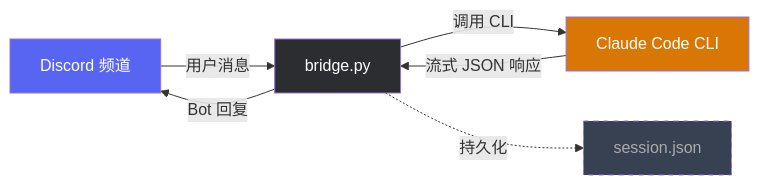
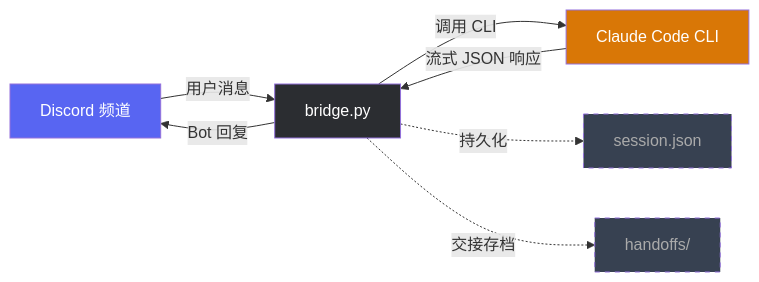
Before and after one commit to who96/claude_bridge_discord: the diagram in README.md, drawn with Mermaid. The commit also changed other lines of this file, not shown here.

````diff
--- a/README.md
+++ b/README.md
@@ -132,13 +138,15 @@
 ```mermaid
 graph LR
     A["Discord 频道"] -->|用户消息| B["bridge.py"]
     B -->|调用 CLI| C["Claude Code CLI"]
     C -->|流式 JSON 响应| B
     B -->|Bot 回复| A
     B -.->|持久化| D["session.json"]
+    B -.->|交接存档| E["handoffs/"]
 
     style A fill:#5865F2,color:#fff
     style B fill:#2b2d31,color:#fff
     style C fill:#d97706,color:#fff
     style D fill:#374151,color:#aaa,stroke-dasharray: 5 5
+    style E fill:#374151,color:#aaa,stroke-dasharray: 5 5
 ```
````
